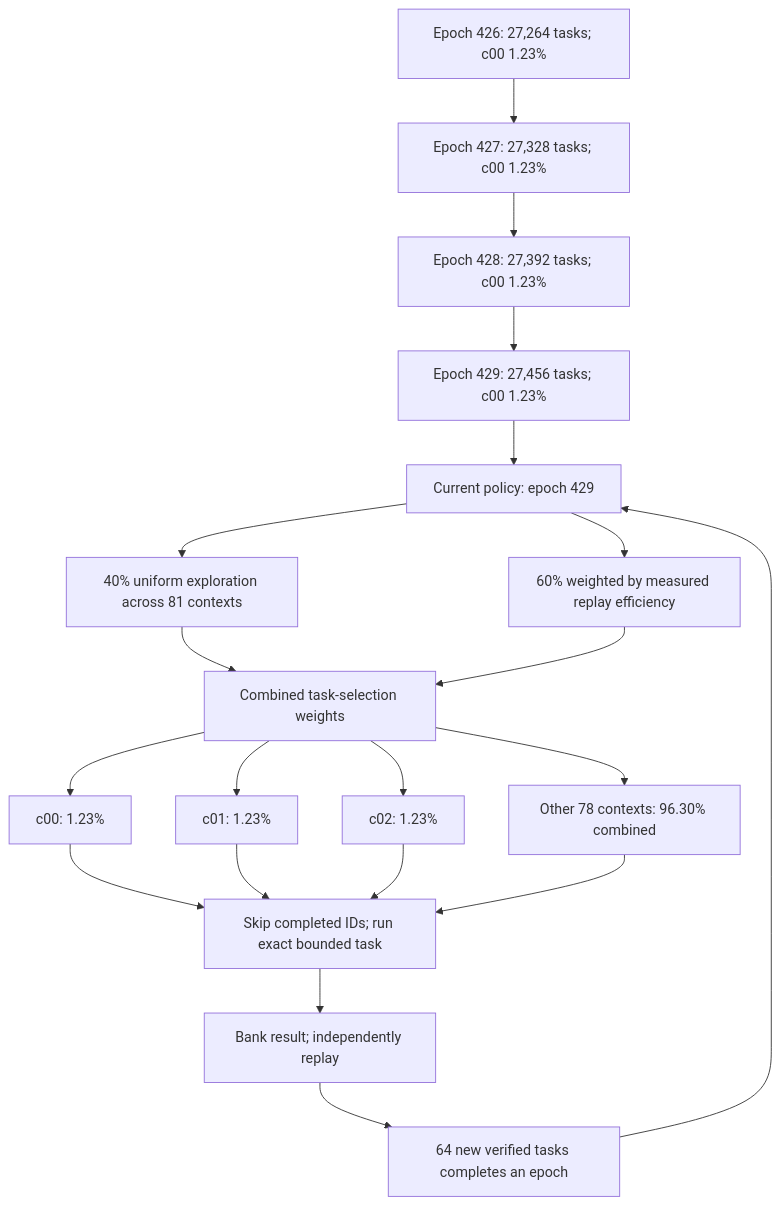
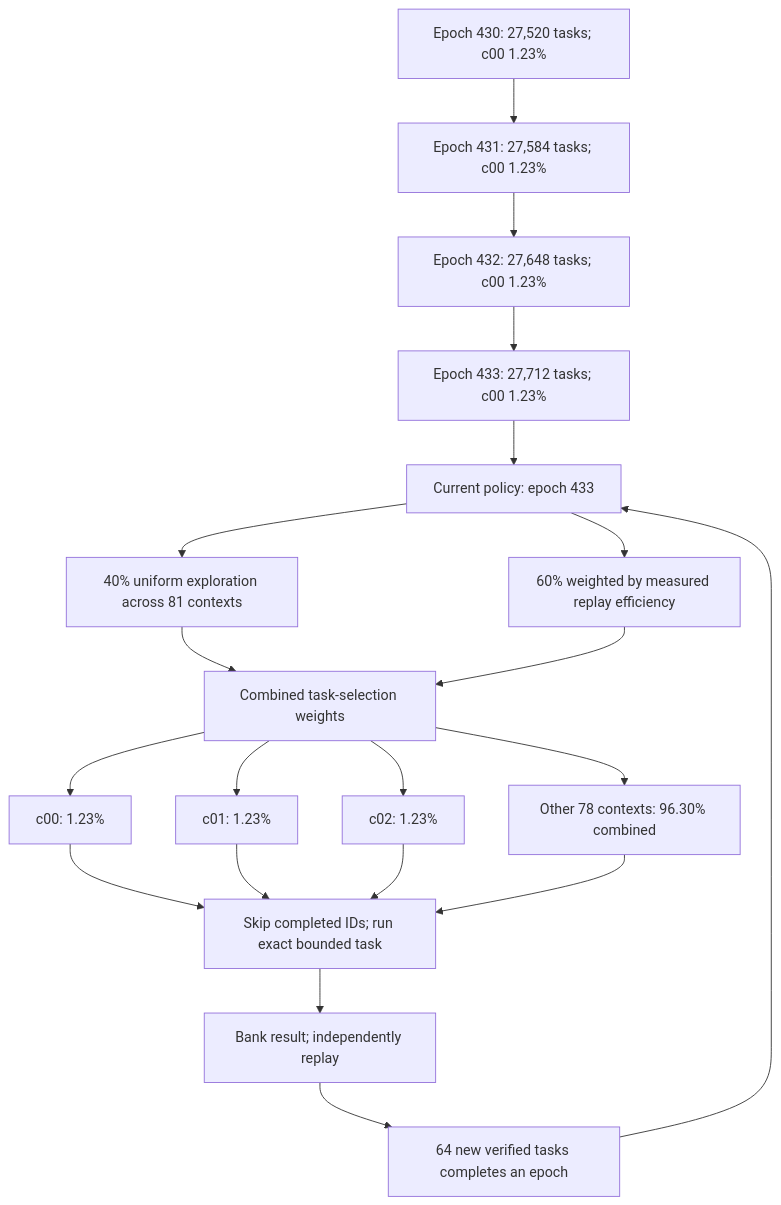
The first of 2 diagrams in README.md (Kuberwastaken/math-gambling), drawn with Mermaid before and after one commit. The commit also changed other lines of this file and 600 other files, not shown here.

````diff
--- a/README.md
+++ b/README.md
@@ -50,27 +50,27 @@
 ```mermaid
 flowchart TD
-    H0["Epoch 426: 27,264 tasks; c00 1.23%"]
-    H1["Epoch 427: 27,328 tasks; c00 1.23%"]
+    H0["Epoch 430: 27,520 tasks; c00 1.23%"]
+    H1["Epoch 431: 27,584 tasks; c00 1.23%"]
     H0 --> H1
-    H2["Epoch 428: 27,392 tasks; c00 1.23%"]
+    H2["Epoch 432: 27,648 tasks; c00 1.23%"]
     H1 --> H2
-    H3["Epoch 429: 27,456 tasks; c00 1.23%"]
+    H3["Epoch 433: 27,712 tasks; c00 1.23%"]
     H2 --> H3
-    Policy["Current policy: epoch 429"]
+    Policy["Current policy: epoch 433"]
     H3 --> Policy
     Policy --> Explore["40% uniform exploration across 81 contexts"]
     Policy --> Cost["60% weighted by measured replay efficiency"]
     Explore --> Mix["Combined task-selection weights"]
     Cost --> Mix
     Mix --> C0["c00: 1.23%"]
     Mix --> C1["c01: 1.23%"]
     Mix --> C2["c02: 1.23%"]
     Mix --> Rest["Other 78 contexts: 96.30% combined"]
     C0 --> Check["Skip completed IDs; run exact bounded task"]
     C1 --> Check
     C2 --> Check
     Rest --> Check
     Check --> Replay["Bank result; independently replay"]
     Replay --> Gate["64 new verified tasks completes an epoch"]
     Gate --> Policy
 ```
````
